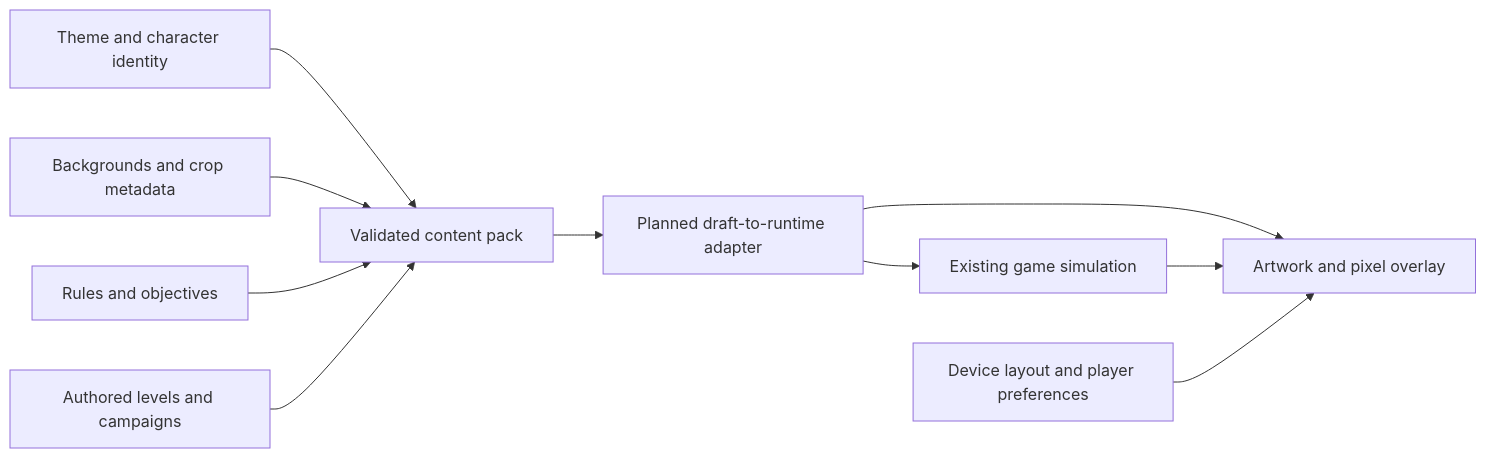
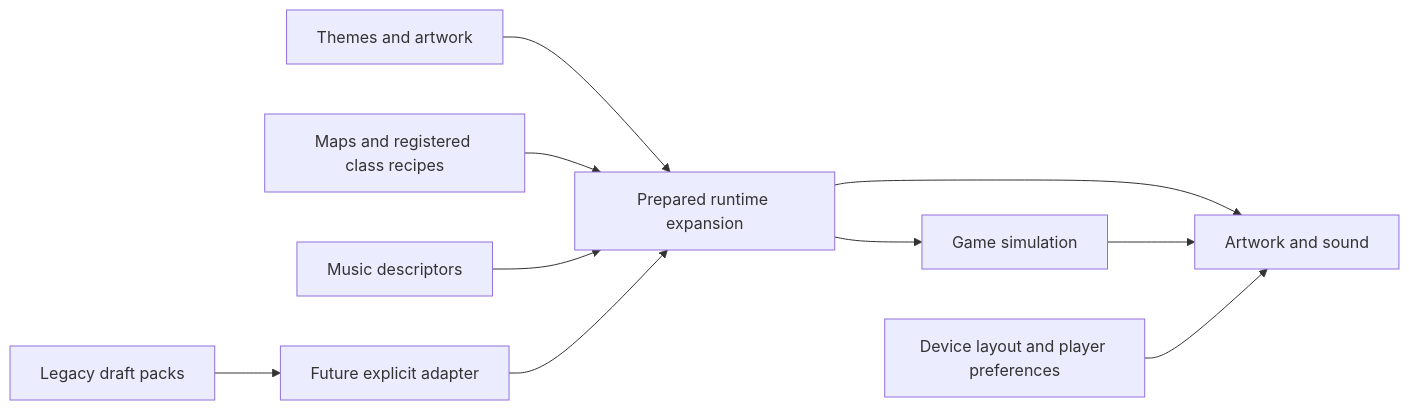
One commit to mekhovov/revealline changed the diagram in authoring/README.md. Above: the diagram before and after it, drawn with Mermaid. The commit also changed other lines of this file and 15 other files, not shown here.

````diff
--- a/authoring/README.md
+++ b/authoring/README.md
@@ -105,12 +111,12 @@
 ```mermaid
 flowchart LR
-    A[Theme and character identity] --> P[Validated content pack]
-    B[Backgrounds and crop metadata] --> P
-    C[Rules and objectives] --> P
-    D[Authored levels and campaigns] --> P
-    P --> E[Planned draft-to-runtime adapter]
-    E --> F[Existing game simulation]
-    E --> G[Artwork and pixel overlay]
+    A[Themes and artwork] --> P[Prepared runtime expansion]
+    B[Maps and registered class recipes] --> P
+    C[Music descriptors] --> P
+    P --> F[Game simulation]
+    P --> G[Artwork and sound]
     F --> G
     H[Device layout and player preferences] --> G
+    D[Legacy draft packs] --> E[Future explicit adapter]
+    E --> P
 ```
````
